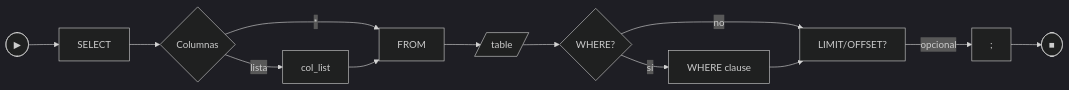
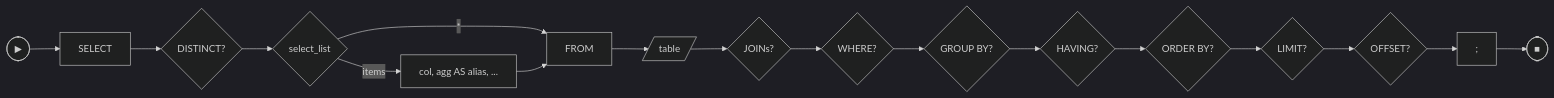
Before and after one commit to vladimiracunadev-create/gabysql: diagram 12 of 17 in docs/SQL_REFERENCE.md, drawn with Mermaid (dark theme). The commit also changed other lines of this file and 2 other files, not shown here.

````diff
--- a/docs/SQL_REFERENCE.md
+++ b/docs/SQL_REFERENCE.md
@@ -537,12 +565,17 @@
 ```mermaid
 flowchart LR
     S([▶]) --> SEL[SELECT]
-    SEL --> COLS{Columnas}
+    SEL --> DIST{DISTINCT?}
+    DIST --> COLS{select_list}
     COLS -- "*" --> FROM
-    COLS -- "lista" --> CL[col_list] --> FROM[FROM]
+    COLS -- "items" --> ITEMS[col, agg AS alias, ...] --> FROM[FROM]
     FROM --> T[/table/]
-    T --> WH{WHERE?}
-    WH -- "no" --> LO
-    WH -- "sí" --> WHERE[WHERE clause] --> LO[LIMIT/OFFSET?]
-    LO -- "opcional" --> SEMI[";"] --> E([■])
+    T --> JOIN{JOINs?}
+    JOIN --> WH{WHERE?}
+    WH --> GB{GROUP BY?}
+    GB --> HAV{HAVING?}
+    HAV --> OB{ORDER BY?}
+    OB --> LIM{LIMIT?}
+    LIM --> OFF{OFFSET?}
+    OFF --> SEMI[";"] --> E([■])
 ```
````
